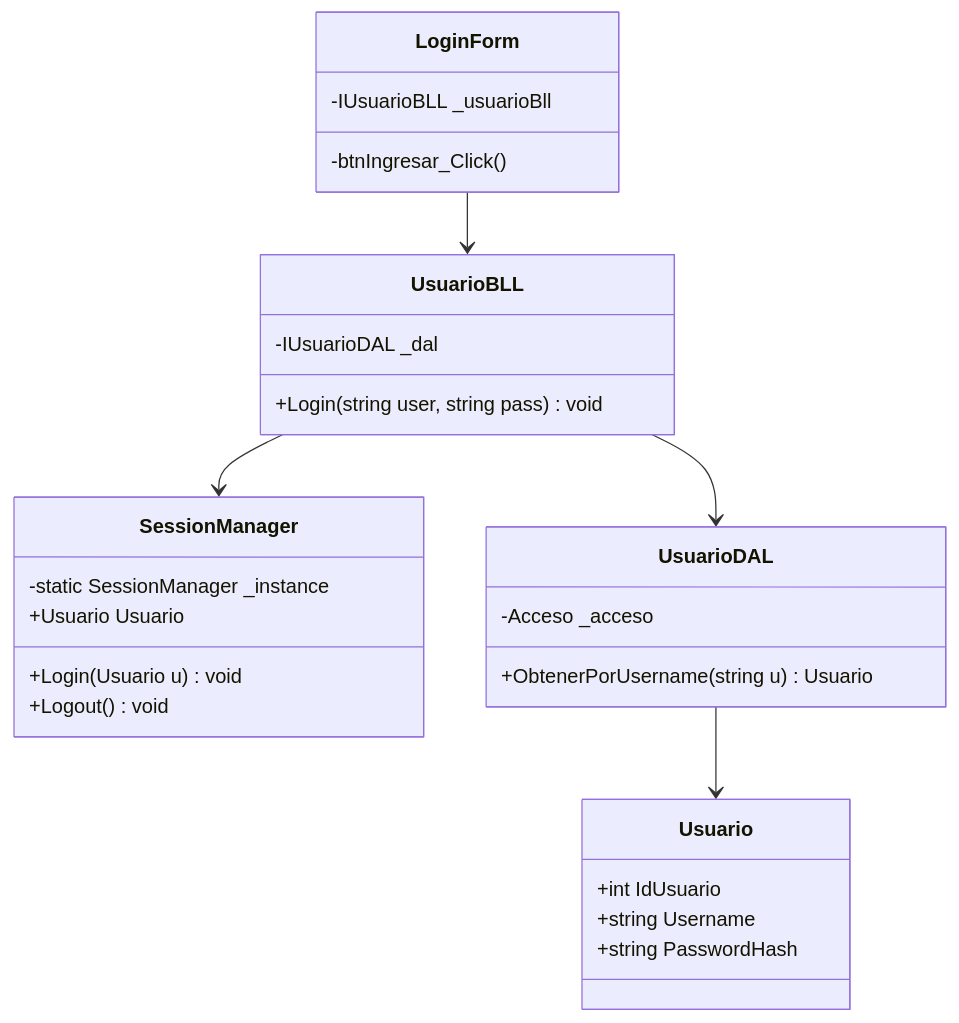
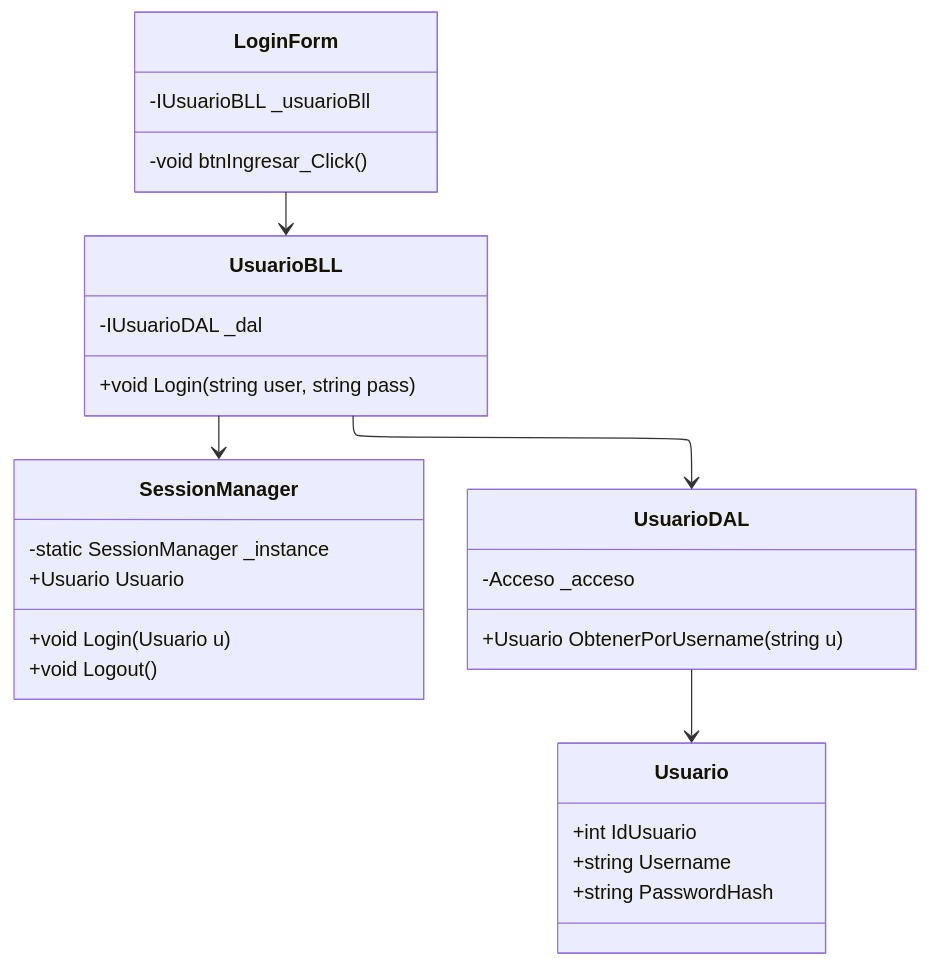
The fifth of 25 diagrams in Documentacion/diagrams_code.md (LautiSmyth/Stach), drawn with Mermaid before and after one commit. The commit also changed other lines of this file, not shown here.

Commit message:
Doc: Format all Mermaid diagrams to match student ELK configuration layout and standard C# member type/name declarations

````diff
--- a/Documentacion/diagrams_code.md
+++ b/Documentacion/diagrams_code.md
@@ -111,30 +128,34 @@
 ```mermaid
+---
+config:
+  layout: elk
+---
 classDiagram
     class LoginForm {
         -IUsuarioBLL _usuarioBll
-        -btnIngresar_Click()
+        -void btnIngresar_Click()
     }
     class SessionManager {
         -static SessionManager _instance
         +Usuario Usuario
-        +Login(Usuario u) void
-        +Logout() void
+        +void Login(Usuario u)
+        +void Logout()
     }
     class UsuarioBLL {
         -IUsuarioDAL _dal
-        +Login(string user, string pass) void
+        +void Login(string user, string pass)
     }
     class UsuarioDAL {
         -Acceso _acceso
-        +ObtenerPorUsername(string u) Usuario
+        +Usuario ObtenerPorUsername(string u)
     }
     class Usuario {
         +int IdUsuario
         +string Username
         +string PasswordHash
     }
     LoginForm --> UsuarioBLL
     UsuarioBLL --> SessionManager
     UsuarioBLL --> UsuarioDAL
     UsuarioDAL --> Usuario
 ```
````
